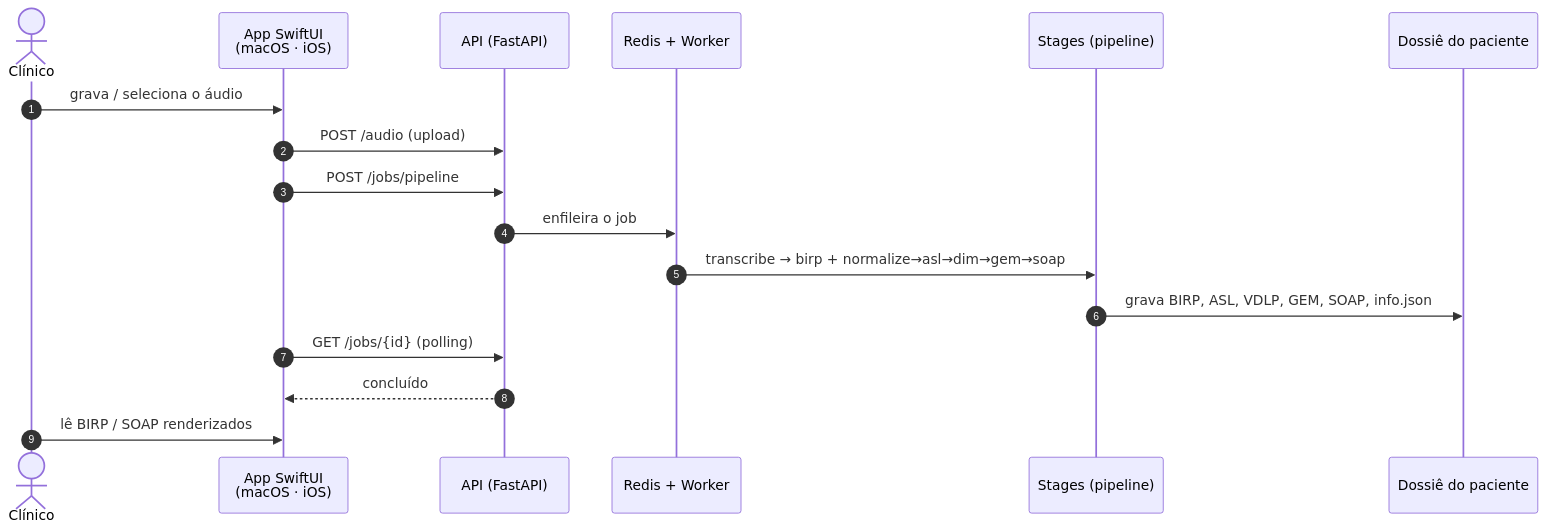
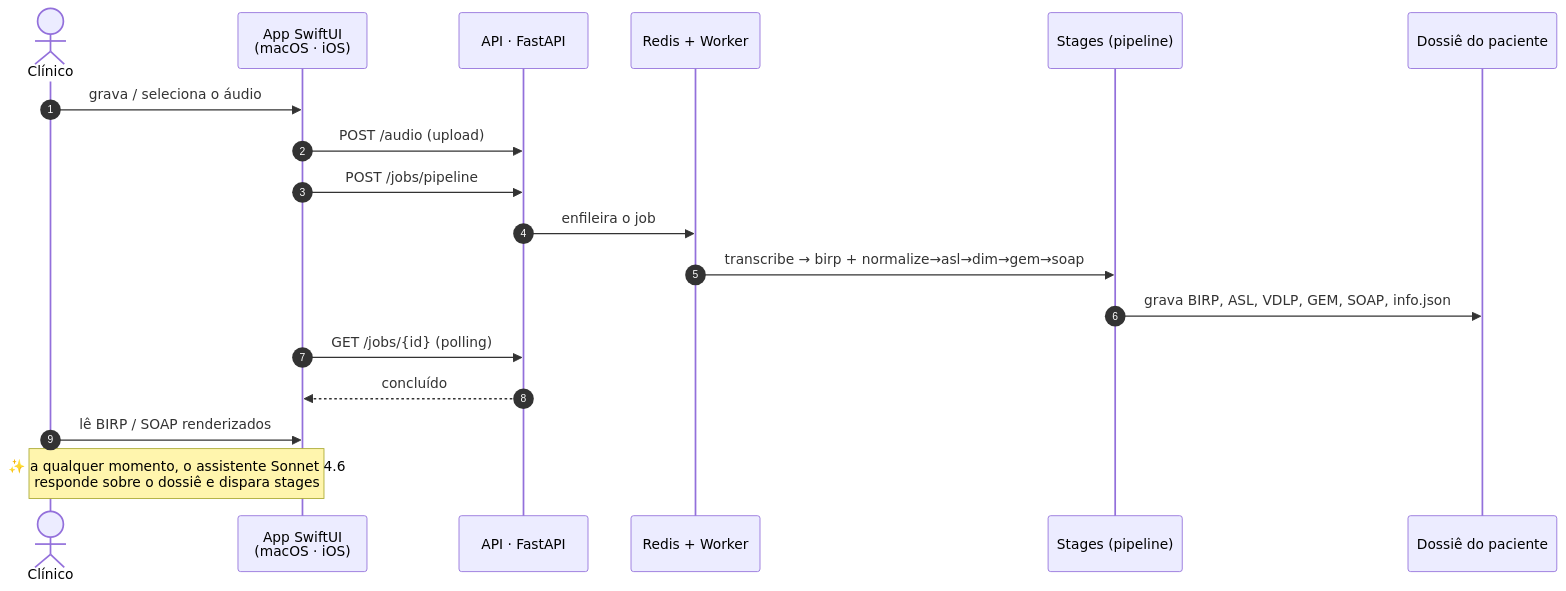
The first of 13 diagrams in README.md (myselfgus/m), drawn with Mermaid before and after one commit. The commit also changed other lines of this file, not shown here.

First line of the commit message:
docs(readme): re-tematiza mermaids no design system + assistente, perfil, elevação

````diff
--- a/README.md
+++ b/README.md
@@ -35,20 +42,22 @@
 ```mermaid
+%%{init: {'theme':'base','themeVariables':{'fontFamily':'-apple-system,BlinkMacSystemFont,"SF Pro Text","Helvetica Neue",Arial,sans-serif','fontSize':'14px','primaryColor':'#EEF2F7','primaryTextColor':'#1C2533','primaryBorderColor':'#94A3B8','lineColor':'#64748B','actorBkg':'#1C3A63','actorTextColor':'#ffffff','actorBorder':'#2E5388','signalColor':'#475569','signalTextColor':'#1C2533','labelBoxBkgColor':'#EEF2F7','labelTextColor':'#1C2533','noteBkgColor':'#E8EEF6','noteTextColor':'#1C2533'}}}%%
 sequenceDiagram
     autonumber
     actor C as Clínico
     participant APP as App SwiftUI<br/>(macOS · iOS)
-    participant API as API (FastAPI)
+    participant API as API · FastAPI
     participant Q as Redis + Worker
     participant ST as Stages (pipeline)
     participant FS as Dossiê do paciente
 
     C->>APP: grava / seleciona o áudio
     APP->>API: POST /audio  (upload)
     APP->>API: POST /jobs/pipeline
     API->>Q: enfileira o job
     Q->>ST: transcribe → birp + normalize→asl→dim→gem→soap
     ST->>FS: grava BIRP, ASL, VDLP, GEM, SOAP, info.json
     APP->>API: GET /jobs/{id} (polling)
     API-->>APP: concluído
     C->>APP: lê BIRP / SOAP renderizados
+    Note over C,APP: ✨ a qualquer momento, o assistente Sonnet 4.6<br/>responde sobre o dossiê e dispara stages
 ```
````
